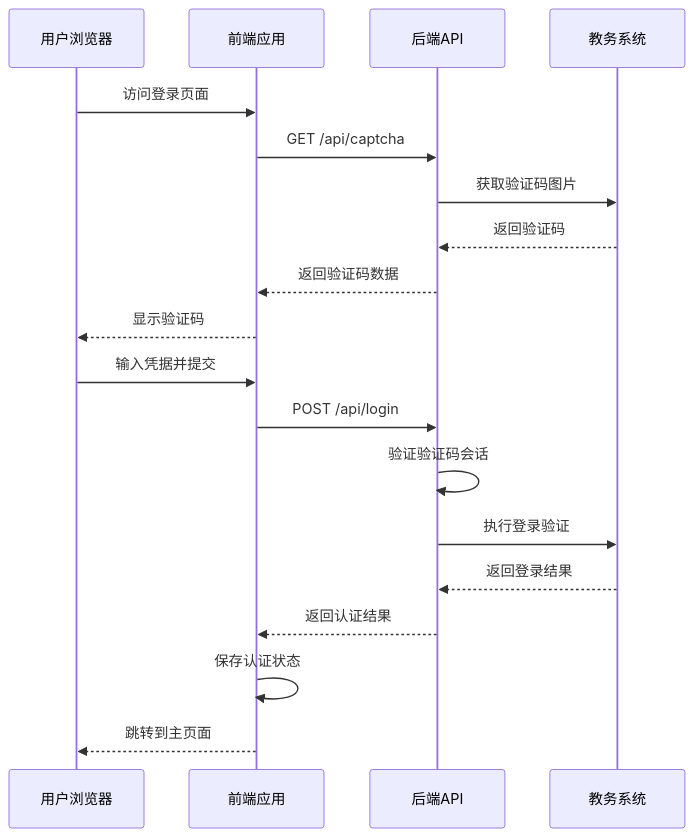
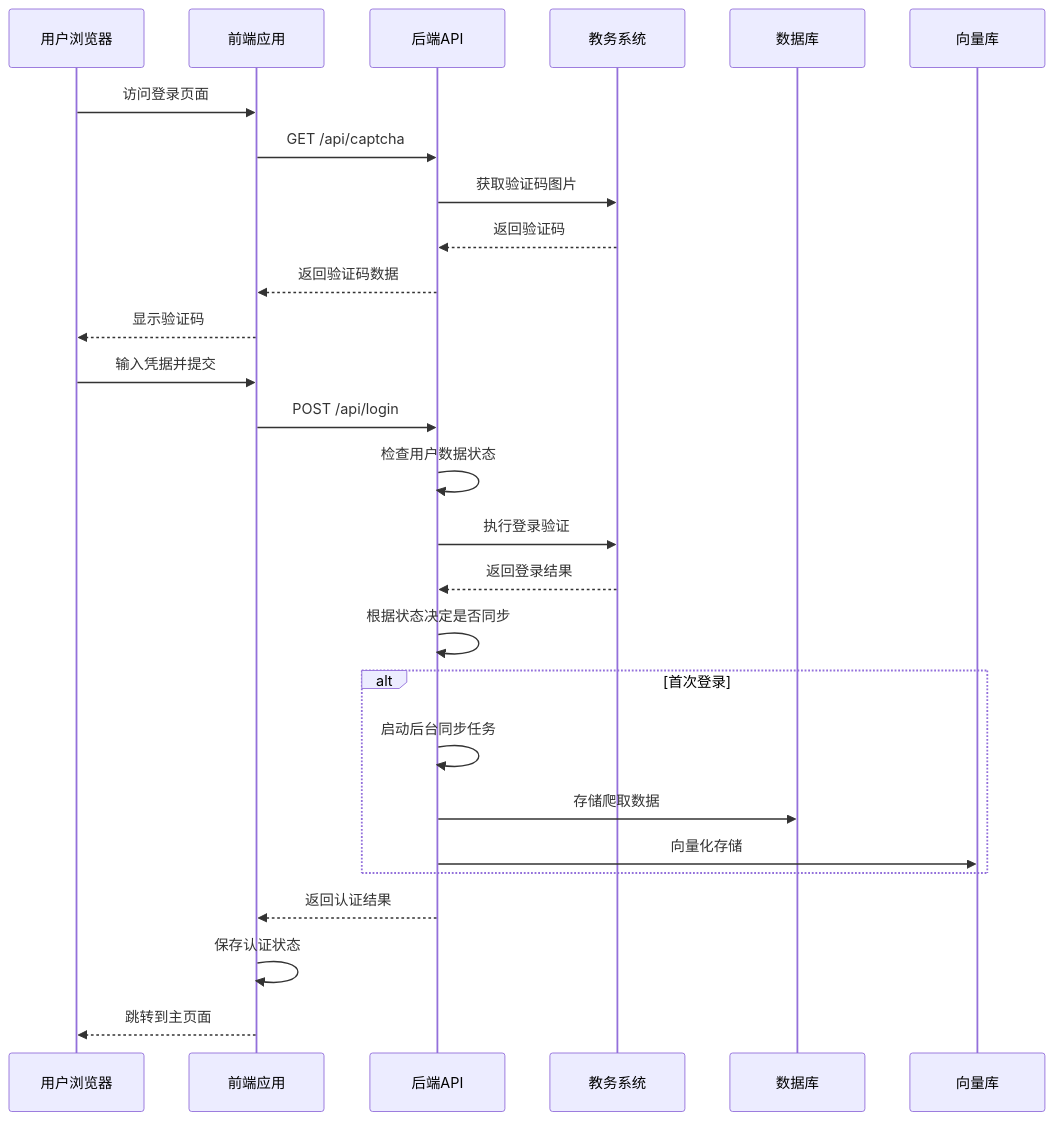
One commit to ghbbn053-ship-itsoulddog/soulddog changed the second of 11 diagrams in .qoder/repowiki/zh/content/前端应用文档/登录页面与认证流程.md. Above: the diagram before and after it, drawn with Mermaid. The commit also changed other lines of this file and 8 other files, not shown here.

````diff
--- a/.qoder/repowiki/zh/content/前端应用文档/登录页面与认证流程.md
+++ b/.qoder/repowiki/zh/content/前端应用文档/登录页面与认证流程.md
@@ -133,21 +157,29 @@
 ```mermaid
 sequenceDiagram
 participant U as 用户浏览器
 participant FE as 前端应用
 participant BE as 后端API
 participant JW as 教务系统
+participant DB as 数据库
+participant VS as 向量库
 U->>FE : 访问登录页面
 FE->>BE : GET /api/captcha
 BE->>JW : 获取验证码图片
 JW-->>BE : 返回验证码
 BE-->>FE : 返回验证码数据
 FE-->>U : 显示验证码
 U->>FE : 输入凭据并提交
 FE->>BE : POST /api/login
-BE->>BE : 验证验证码会话
+BE->>BE : 检查用户数据状态
 BE->>JW : 执行登录验证
 JW-->>BE : 返回登录结果
+BE->>BE : 根据状态决定是否同步
+alt 首次登录
+BE->>BE : 启动后台同步任务
+BE->>DB : 存储爬取数据
+BE->>VS : 向量化存储
+end
 BE-->>FE : 返回认证结果
 FE->>FE : 保存认证状态
 FE-->>U : 跳转到主页面
 ```
````
